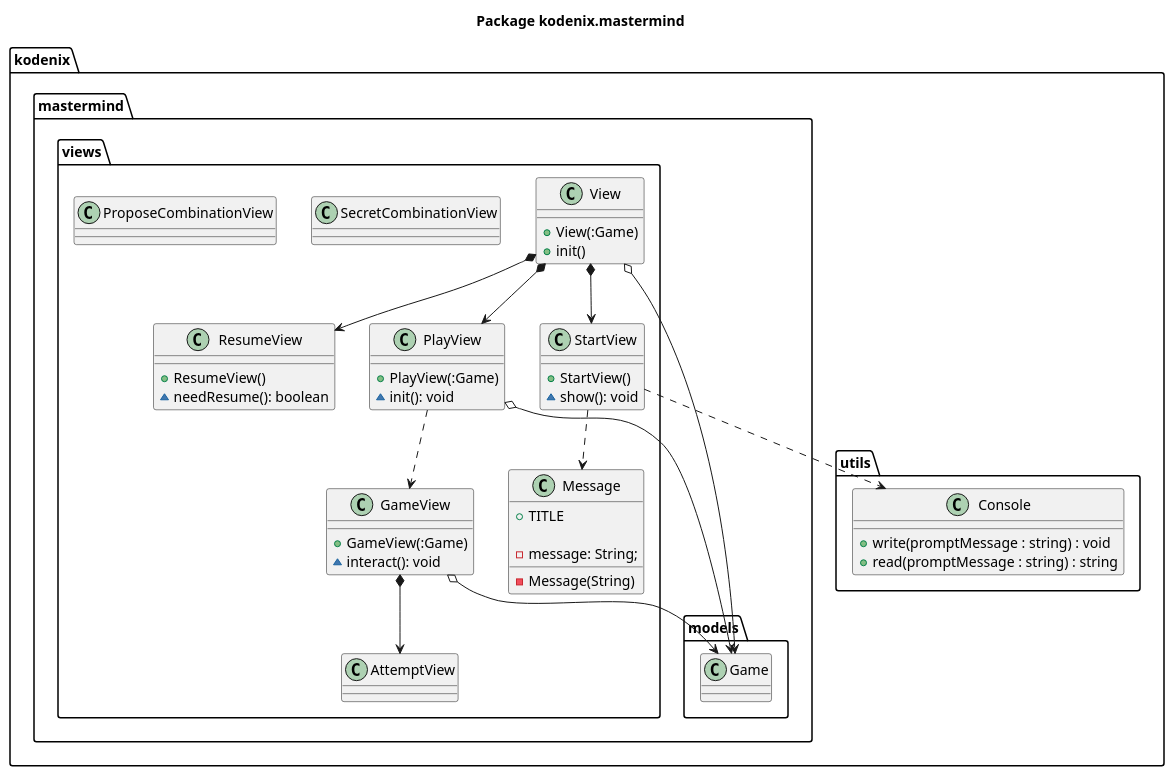
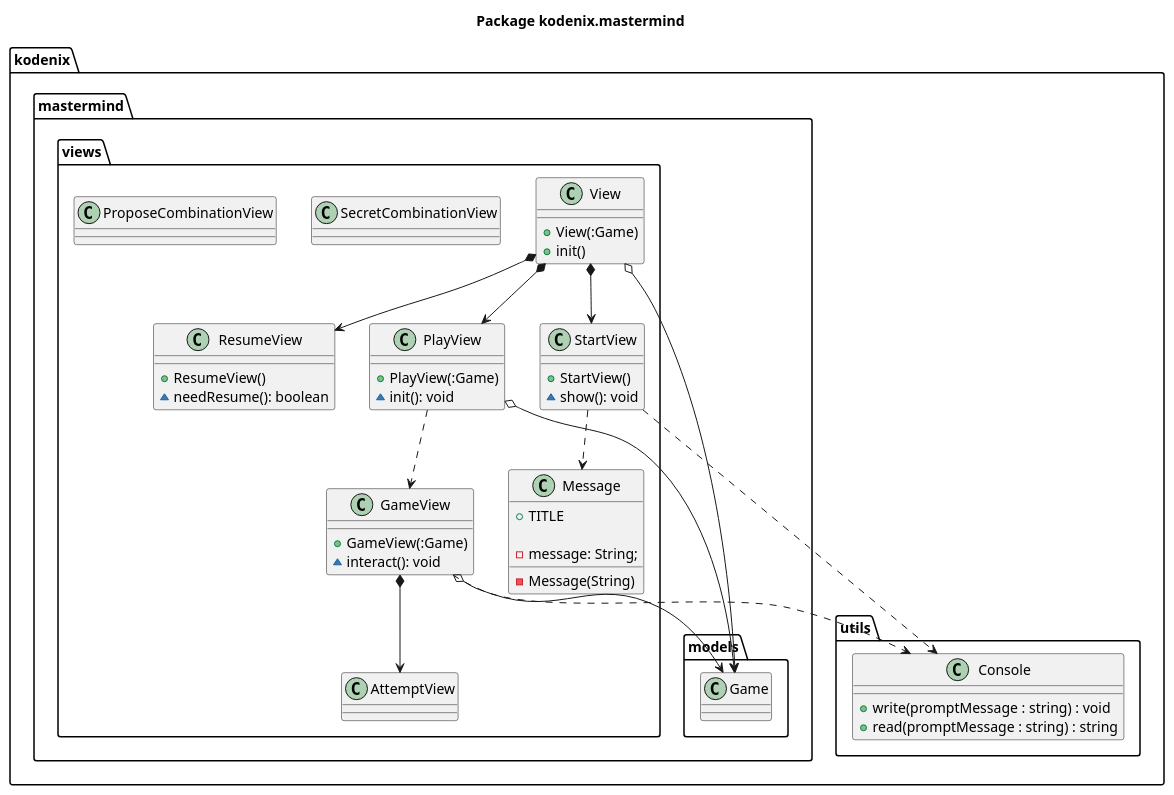
The diagram in docs/diagrams/src/paquetes/kodenix.mastermind.views.plantuml (Master-Desarrollo-20-21/diseno-oo-ejercicio2-mastermind-document-view-kodenix), drawn with PlantUML before and after one commit. The commit also changed 4 other files, not shown here.

```diff
--- a/docs/diagrams/src/paquetes/kodenix.mastermind.views.plantuml
+++ b/docs/diagrams/src/paquetes/kodenix.mastermind.views.plantuml
@@ -1,63 +1,65 @@
 @startuml package-mastermind
 title Package kodenix.mastermind 
 
 package kodenix.mastermind.views {
     class View {
         +View(:Game)
         +init()
     }
     class StartView {
         +StartView()
         ~show(): void
     }
     class PlayView {
         +PlayView(:Game)
         ~init(): void
     }
     class GameView {
         +GameView(:Game)
         ~interact(): void
     }
     class ResumeView {
         +ResumeView()
         ~needResume(): boolean
     }
     class AttemptView {}
     class SecretCombinationView {}
     class ProposeCombinationView {}
     
     class Message {
         +TITLE
 
         -message: String;
         -Message(String)
     }
     
     View *-down-> StartView
     View *-down-> PlayView
     View *-down-> ResumeView
     PlayView .down.> GameView
     GameView *-down-> AttemptView
+    GameView .down.> kodenix.utils.Console
     StartView .down.> kodenix.utils.Console
     StartView .down.> Message
+
 
     View o--> kodenix.mastermind.models.Game
     PlayView o--> kodenix.mastermind.models.Game
     GameView o--> kodenix.mastermind.models.Game
 }
 
 package kodenix.mastermind.models {
     class Game {}
 }
 
 package kodenix.utils {
     class Console {
         +write(promptMessage : string) : void
         +read(promptMessage : string) : string
     }
 }
 
 
 
 
 @enduml
```
